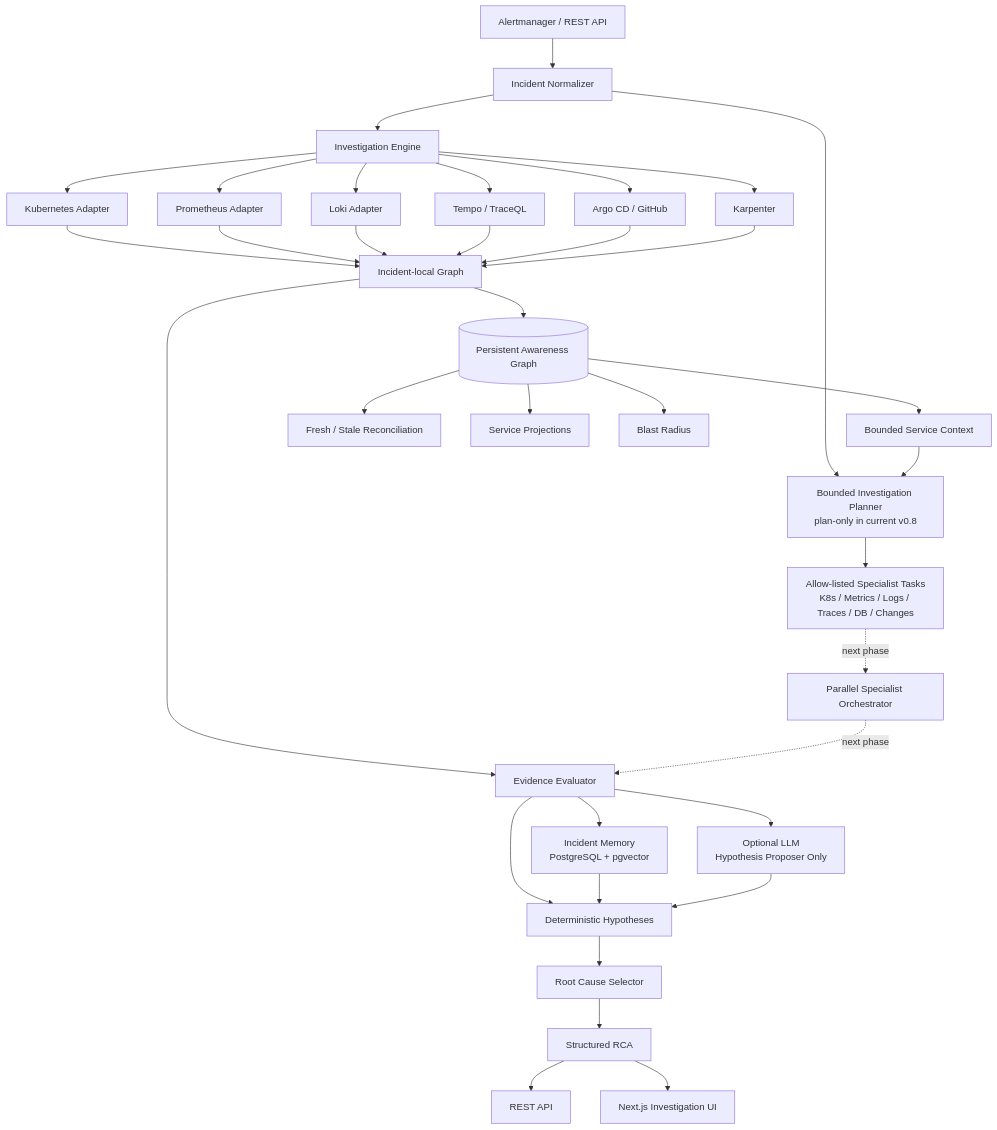
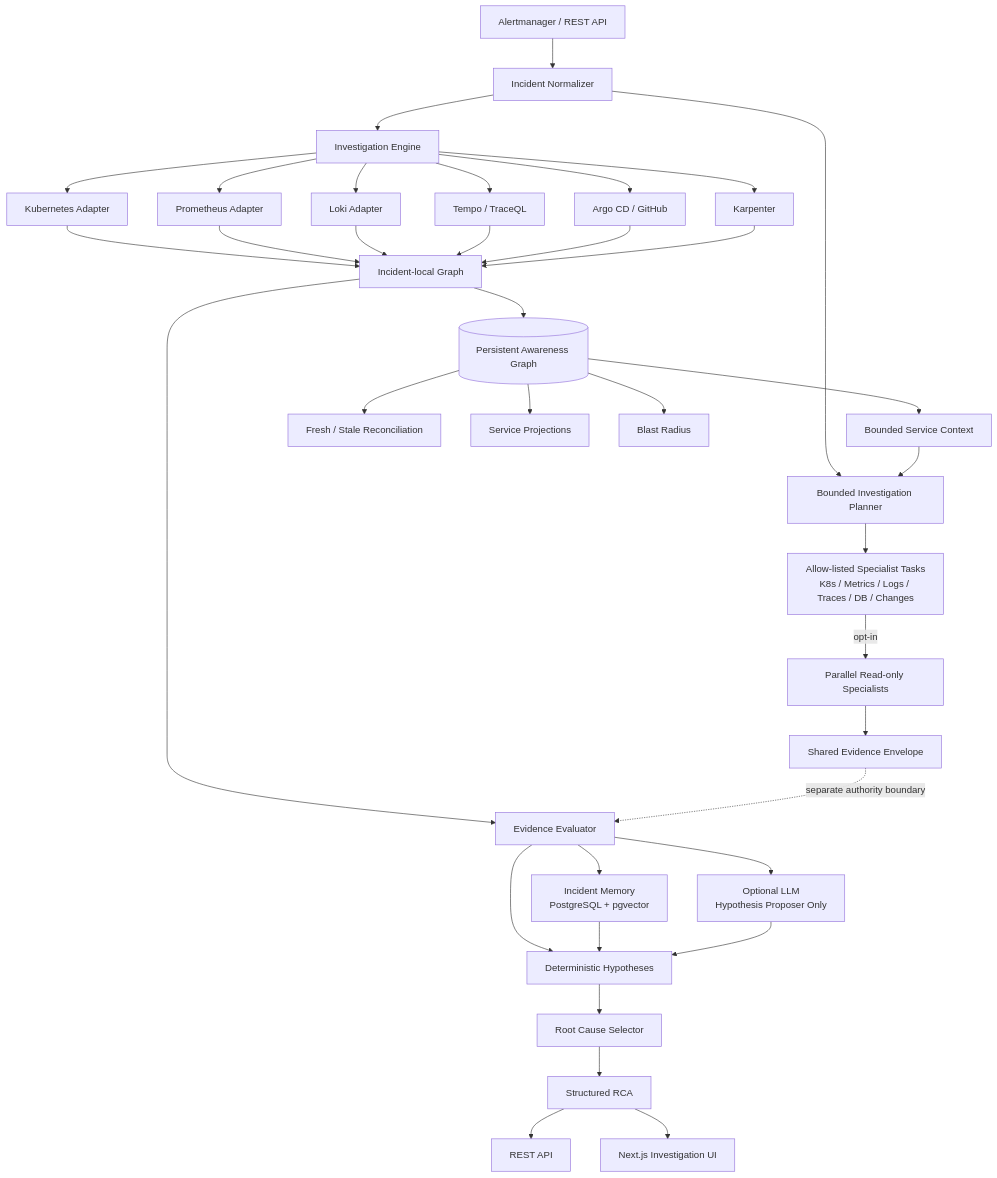
The first of 18 diagrams in docs/architecture.md (marcocristofolini/ai-sre-rca), drawn with Mermaid before and after one commit. The commit also changed other lines of this file and 19 other files, not shown here.

Commit message:
feat: add opt-in parallel specialist execution

````diff
--- a/docs/architecture.md
+++ b/docs/architecture.md
@@ -7,43 +7,43 @@
 ```mermaid
 flowchart TD
     A[Alertmanager / REST API] --> N[Incident Normalizer]
-    N --> PLAN[Bounded Investigation Planner<br/>plan-only in current v0.8]
+    N --> PLAN[Bounded Investigation Planner]
     N --> I[Investigation Engine]
 
     PAG[(Persistent Awareness Graph)] --> CTX[Bounded Service Context]
     CTX --> PLAN
     PLAN --> PT[Allow-listed Specialist Tasks<br/>K8s / Metrics / Logs / Traces / DB / Changes]
+    PT -->|opt-in| ORCH[Parallel Read-only Specialists]
+    ORCH --> SE[Shared Evidence Envelope]
 
     I --> K[Kubernetes Adapter]
     I --> P[Prometheus Adapter]
     I --> L[Loki Adapter]
     I --> T[Tempo / TraceQL]
     I --> AR[Argo CD / GitHub]
     I --> KA[Karpenter]
 
     K --> LG[Incident-local Graph]
     P --> LG
     L --> LG
     T --> LG
     AR --> LG
     KA --> LG
 
     LG --> EV[Evidence Evaluator]
+    SE -. separate authority boundary .-> EV
     LG --> PAG
     PAG --> REC[Fresh / Stale Reconciliation]
     PAG --> SV[Service Projections]
     PAG --> BR[Blast Radius]
 
     EV --> H[Deterministic Hypotheses]
     EV --> MEM[Incident Memory<br/>PostgreSQL + pgvector]
     EV --> LLM[Optional LLM<br/>Hypothesis Proposer Only]
     MEM --> H
     LLM --> H
     H --> RC[Root Cause Selector]
     RC --> RCA[Structured RCA]
     RCA --> API[REST API]
     RCA --> UI[Next.js Investigation UI]
-
-    PT -. next phase .-> ORCH[Parallel Specialist Orchestrator]
-    ORCH -. next phase .-> EV
 ```
````
